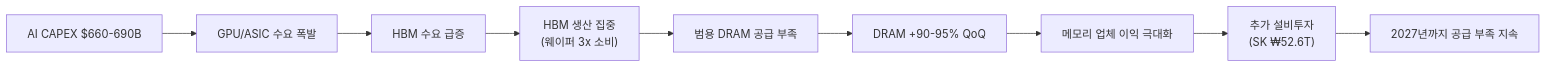
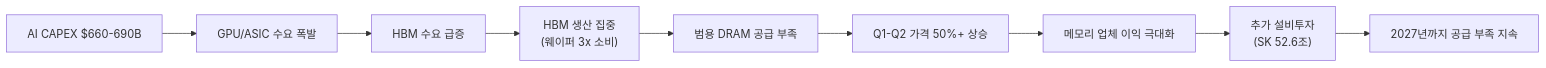
The third of 4 diagrams in _posts/knowledge/invest/2026-01-21-semiconductor-sector-outlook-2026.md (dss99911/dss99911.github.io), drawn with Mermaid before and after one commit. The commit also changed other lines of this file and 2 other files, not shown here.

````diff
--- a/_posts/knowledge/invest/2026-01-21-semiconductor-sector-outlook-2026.md
+++ b/_posts/knowledge/invest/2026-01-21-semiconductor-sector-outlook-2026.md
@@ -236,11 +244,11 @@
 ```mermaid
 graph LR
     A["AI CAPEX $660-690B"] --> B["GPU/ASIC 수요 폭발"]
     B --> C["HBM 수요 급증"]
     C --> D["HBM 생산 집중<br/>(웨이퍼 3x 소비)"]
     D --> E["범용 DRAM 공급 부족"]
-    E --> F["DRAM +90-95% QoQ"]
+    E --> F["Q1-Q2 가격 50%+ 상승"]
     F --> G["메모리 업체 이익 극대화"]
-    G --> H["추가 설비투자<br/>(SK ₩52.6T)"]
+    G --> H["추가 설비투자<br/>(SK 52.6조)"]
     H --> I["2027년까지 공급 부족 지속"]
 ```
````
